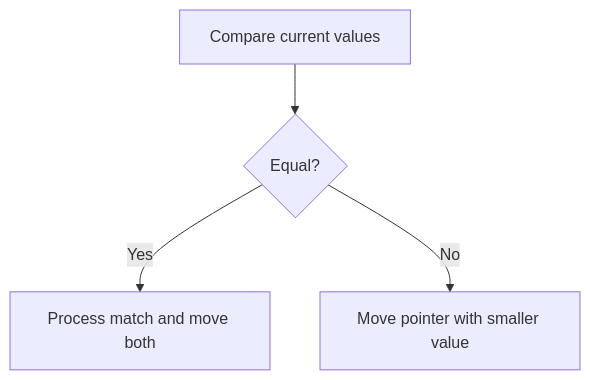
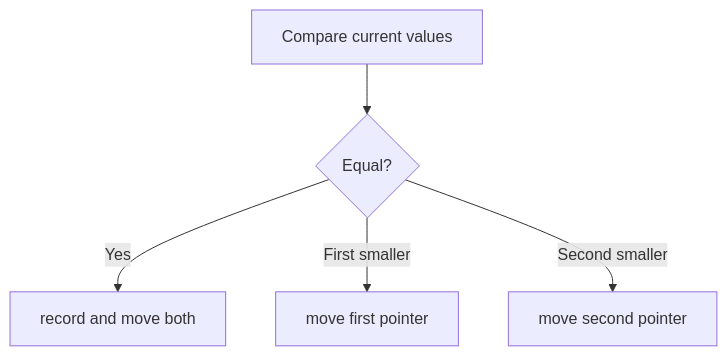
Diagram 30 of 36 in CP_DSA_NOTES/CONCEPT_FRAMEWORK_FORMS_TATICS/two_pointers_sliding_window_playbook.md (mthaiseer/springcloud-systemdesign-notes), drawn with Mermaid before and after one commit. The commit also changed other lines of this file, not shown here.

````diff
--- a/CP_DSA_NOTES/CONCEPT_FRAMEWORK_FORMS_TATICS/two_pointers_sliding_window_playbook.md
+++ b/CP_DSA_NOTES/CONCEPT_FRAMEWORK_FORMS_TATICS/two_pointers_sliding_window_playbook.md
@@ -376,6 +957,7 @@
 ```mermaid
 flowchart TD
     A["Compare current values"] --> B{"Equal?"}
-    B -->|"Yes"| C["Process match and move both"]
-    B -->|"No"| D["Move pointer with smaller value"]
+    B -->|"Yes"| C["record and move both"]
+    B -->|"First smaller"| D["move first pointer"]
+    B -->|"Second smaller"| E["move second pointer"]
 ```
````
